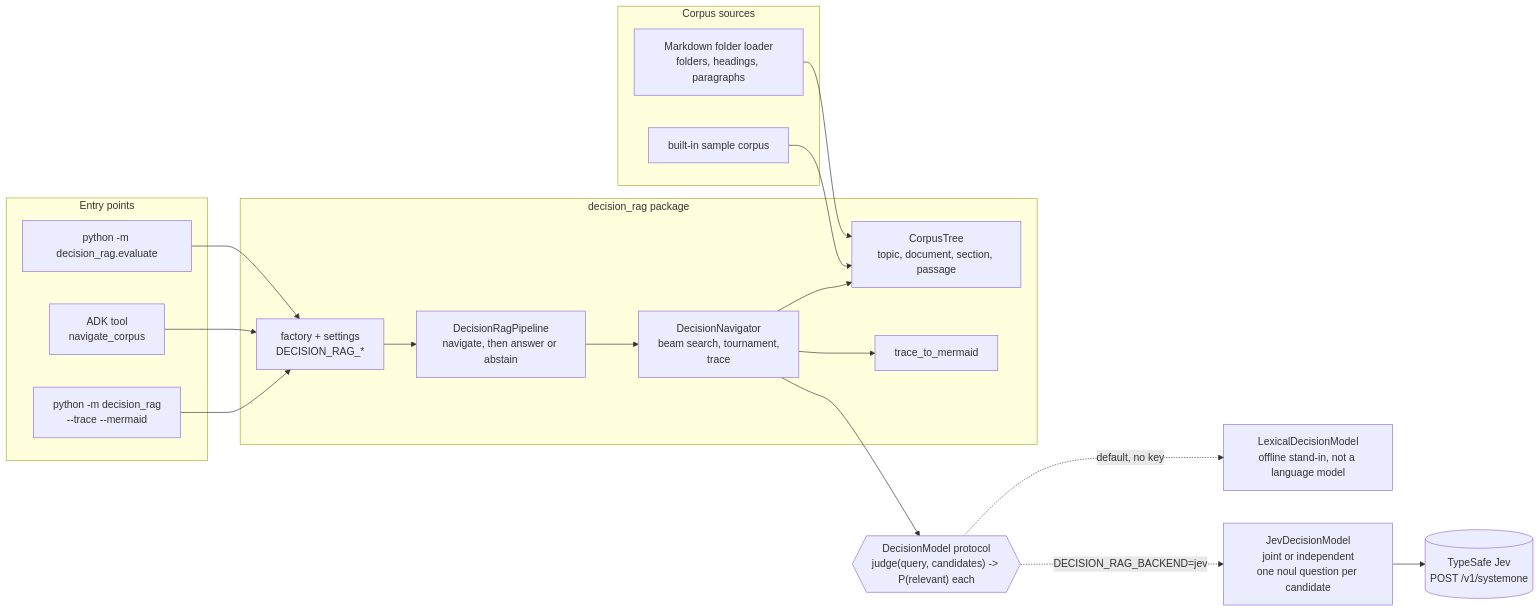
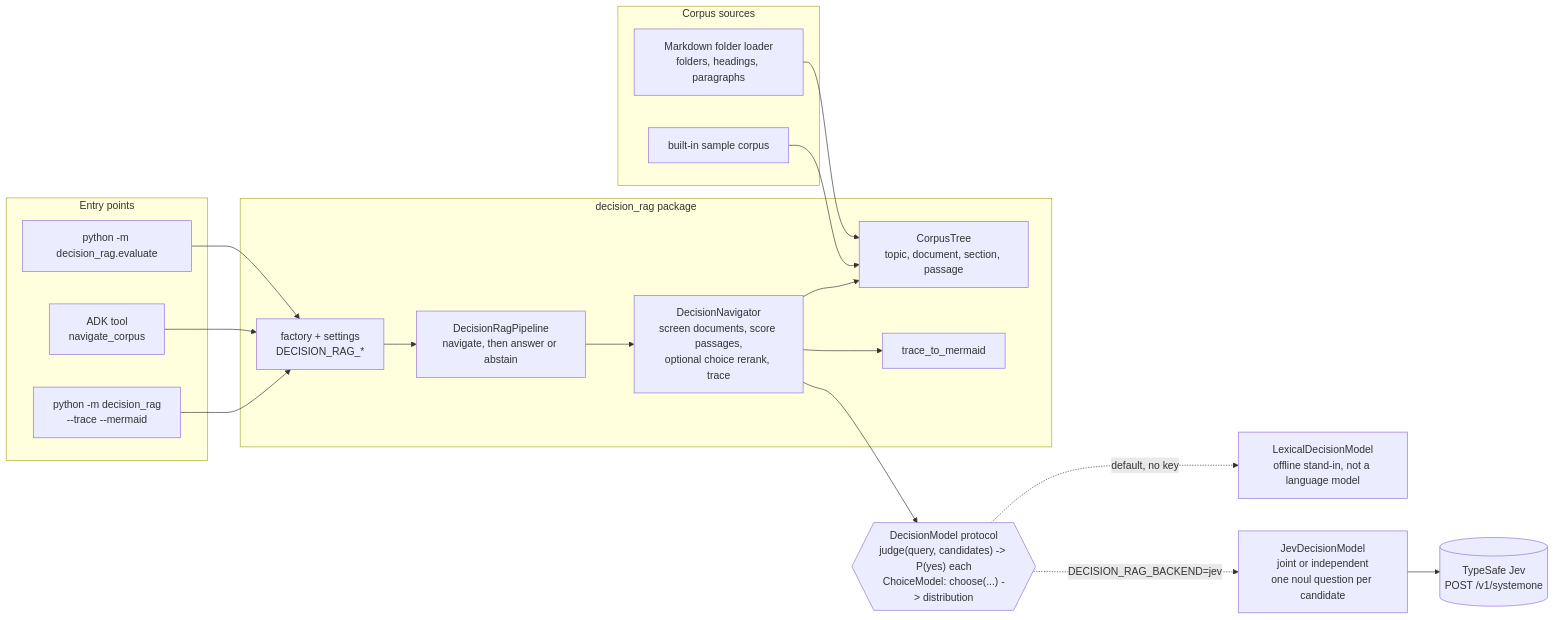
The diagram in agents/decision_rag/docs/diagrams/04-architecture.mmd (biswajitNanda223/AgentVerse), drawn with Mermaid before and after one commit. The commit also changed 43 other files, not shown here.

First line of the commit message:
feat(decision_rag): follow the paper's Figure 2 pipeline (screen docs, score passages, optional choice rerank)

```diff
--- a/agents/decision_rag/docs/diagrams/04-architecture.mmd
+++ b/agents/decision_rag/docs/diagrams/04-architecture.mmd
@@ -1,33 +1,33 @@
 flowchart LR
   subgraph Entry["Entry points"]
     CLI["python -m decision_rag<br/>--trace --mermaid"]
     Tool["ADK tool<br/>navigate_corpus"]
     Eval["python -m decision_rag.evaluate"]
   end
   subgraph Core["decision_rag package"]
     Factory["factory + settings<br/>DECISION_RAG_*"]
     Pipe["DecisionRagPipeline<br/>navigate, then answer or abstain"]
-    Nav["DecisionNavigator<br/>beam search, tournament,<br/>trace"]
+    Nav["DecisionNavigator<br/>screen documents, score passages,<br/>optional choice rerank, trace"]
     Tree["CorpusTree<br/>topic, document, section, passage"]
     Mer["trace_to_mermaid"]
   end
   subgraph Sources["Corpus sources"]
     Sample["built-in sample corpus"]
     Md["Markdown folder loader<br/>folders, headings, paragraphs"]
   end
-  Port{{"DecisionModel protocol<br/>judge(query, candidates) -> P(relevant) each"}}
+  Port{{"DecisionModel protocol<br/>judge(query, candidates) -> P(yes) each<br/>ChoiceModel: choose(...) -> distribution"}}
   Lex["LexicalDecisionModel<br/>offline stand-in, not a language model"]
   Jev["JevDecisionModel<br/>joint or independent<br/>one noul question per candidate"]
   Ext[("TypeSafe Jev<br/>POST /v1/systemone")]
   CLI --> Factory
   Tool --> Factory
   Eval --> Factory
   Factory --> Pipe --> Nav
   Nav --> Tree
   Sample --> Tree
   Md --> Tree
   Nav --> Port
   Port -.->|"default, no key"| Lex
   Port -.->|"DECISION_RAG_BACKEND=jev"| Jev
   Jev --> Ext
   Nav --> Mer
```
